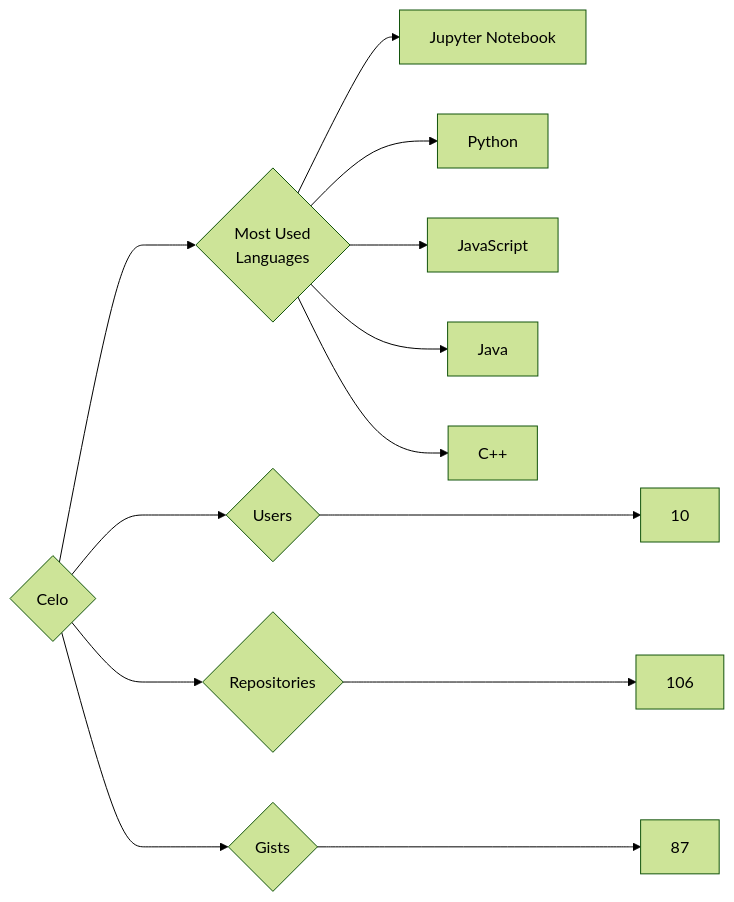
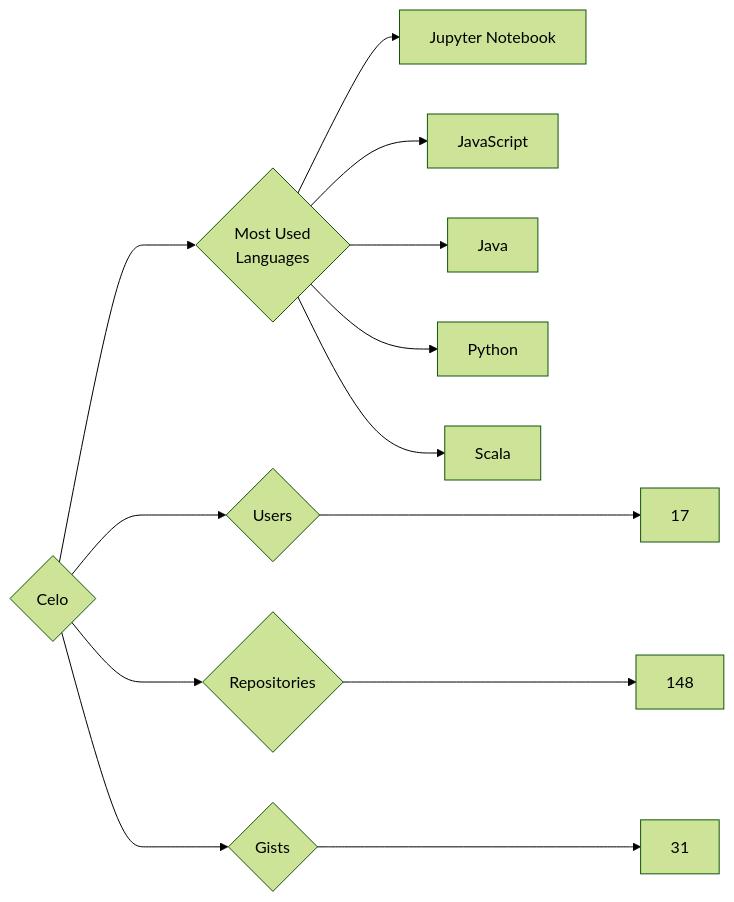
Before and after one commit to trickest/insiders: the diagram in targets/Celo/README.md, drawn with Mermaid (forest theme). The commit also changed 927 other files, not shown here.

````diff
--- a/targets/Celo/README.md
+++ b/targets/Celo/README.md
@@ -3,13 +3,13 @@
 ```mermaid
 graph LR
 COMPANY_NAME{Celo}
-COMPANY_NAME ---> U{Users} ---> UN[10]
-COMPANY_NAME ---> R{Repositories} ---> RN[106]
-COMPANY_NAME ---> G{Gists} ---> GN[87]
+COMPANY_NAME ---> U{Users} ---> UN[17]
+COMPANY_NAME ---> R{Repositories} ---> RN[148]
+COMPANY_NAME ---> G{Gists} ---> GN[31]
 COMPANY_NAME ---> ML{Most Used<br>Languages}
 ML --> Jupyter_Notebook[Jupyter Notebook]
-ML --> Python[Python]
 ML --> JavaScript[JavaScript]
 ML --> Java[Java]
-ML --> C++[C++]
+ML --> Python[Python]
+ML --> Scala[Scala]
 ```
````
